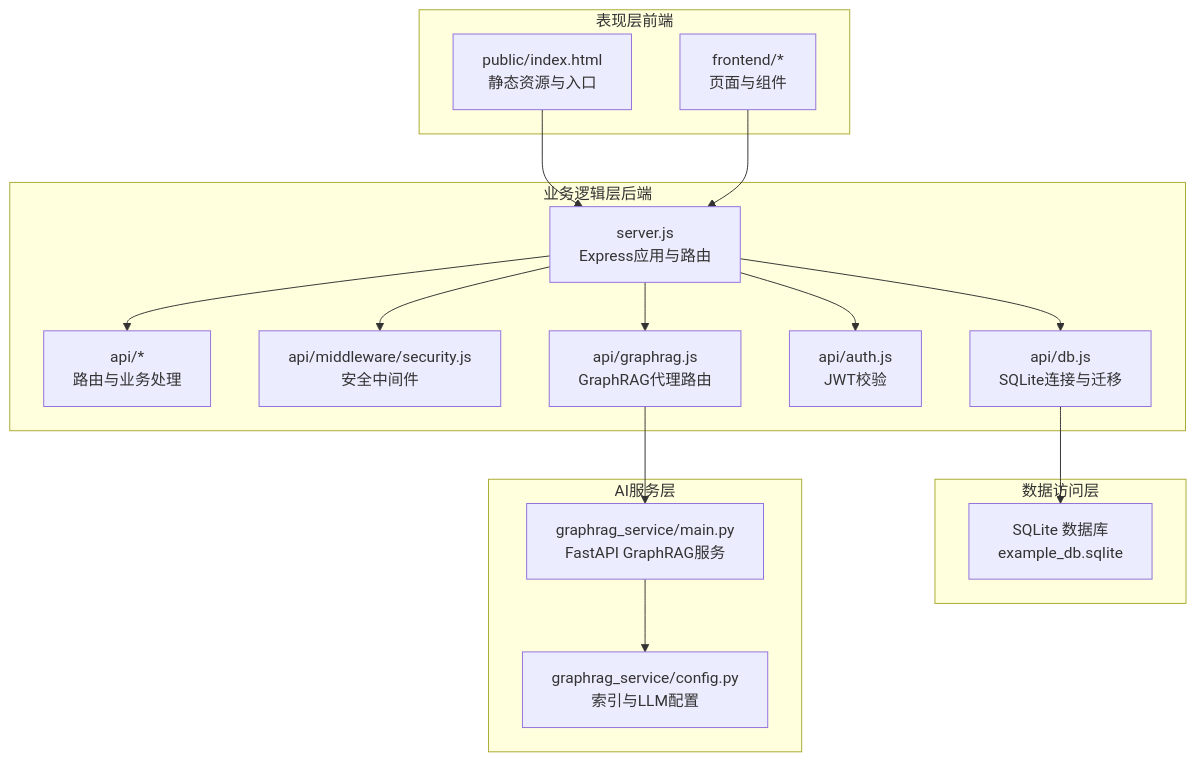
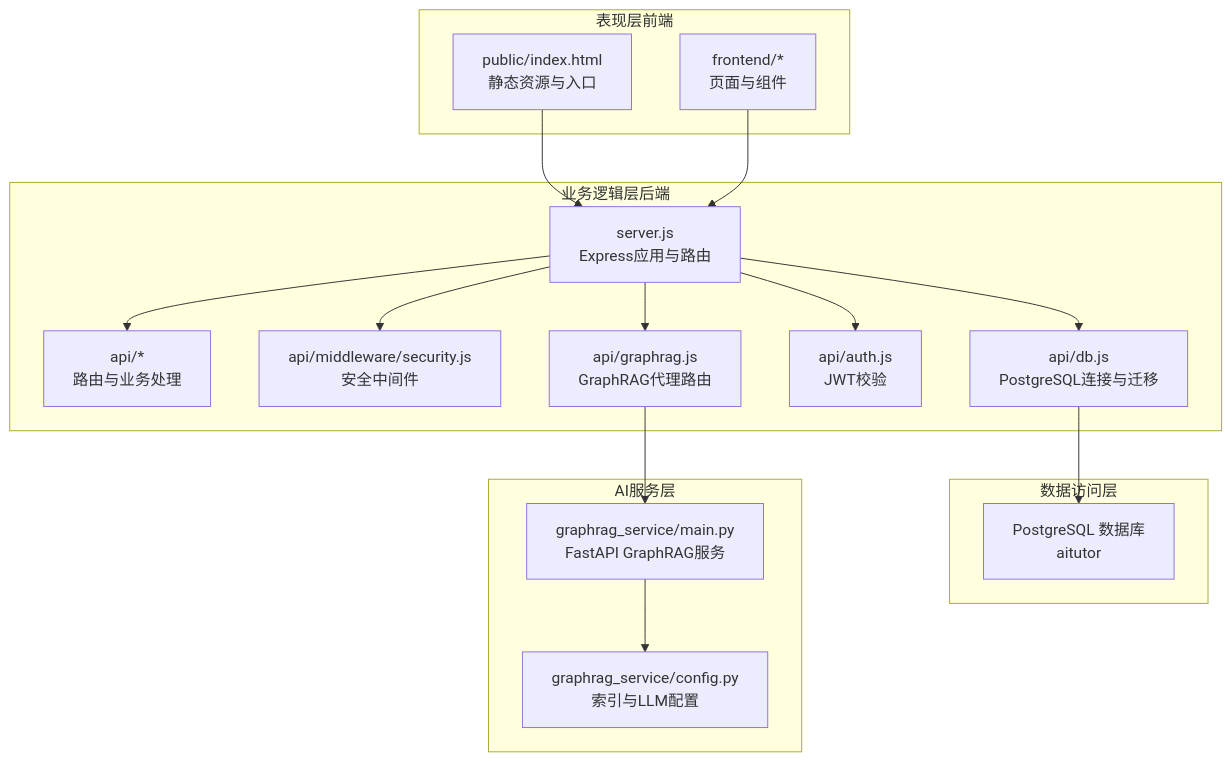
Before and after one commit to caoxv0255/aitutor: the first of 8 diagrams in .qoder/repowiki/zh/content/系统架构/整体架构设计.md, drawn with Mermaid. The commit also changed other lines of this file and 28 other files, not shown here.

````diff
--- a/.qoder/repowiki/zh/content/系统架构/整体架构设计.md
+++ b/.qoder/repowiki/zh/content/系统架构/整体架构设计.md
@@ -48,32 +48,32 @@
 ```mermaid
 graph TB
 subgraph "表现层前端"
 FE_Public["public/index.html<br/>静态资源与入口"]
 FE_Frontend["frontend/*<br/>页面与组件"]
 end
 subgraph "业务逻辑层后端"
 BE_Server["server.js<br/>Express应用与路由"]
 BE_API["api/*<br/>路由与业务处理"]
 BE_MW_Security["api/middleware/security.js<br/>安全中间件"]
-BE_DB["api/db.js<br/>SQLite连接与迁移"]
+BE_DB["api/db.js<br/>PostgreSQL连接与迁移"]
 BE_Auth["api/auth.js<br/>JWT校验"]
 BE_GraphRAG_Router["api/graphrag.js<br/>GraphRAG代理路由"]
 end
 subgraph "数据访问层"
-DA_SQLite["SQLite 数据库<br/>example_db.sqlite"]
+DA_PostgreSQL["PostgreSQL 数据库<br/>aitutor"]
 end
 subgraph "AI服务层"
 AI_Service["graphrag_service/main.py<br/>FastAPI GraphRAG服务"]
 AI_Config["graphrag_service/config.py<br/>索引与LLM配置"]
 end
 FE_Public --> BE_Server
 FE_Frontend --> BE_Server
 BE_Server --> BE_API
 BE_Server --> BE_MW_Security
 BE_Server --> BE_DB
 BE_Server --> BE_Auth
 BE_Server --> BE_GraphRAG_Router
 BE_GraphRAG_Router --> AI_Service
-BE_DB --> DA_SQLite
+BE_DB --> DA_PostgreSQL
 AI_Service --> AI_Config
 ```
````
